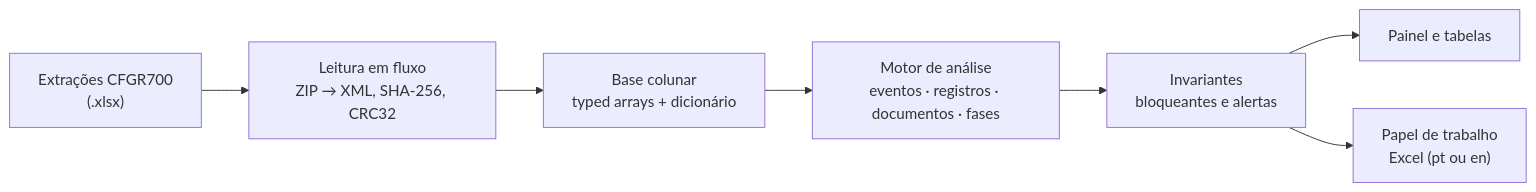
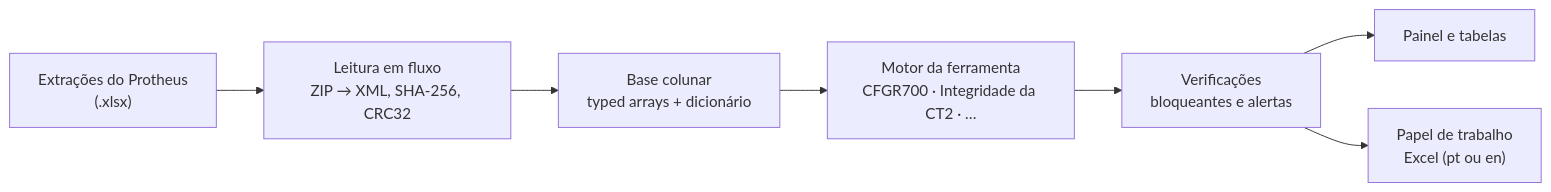
Before and after one commit to Carlosdanyell/AuditAnalyzer: the diagram in README.md, drawn with Mermaid. The commit also changed other lines of this file and 6 other files, not shown here.

First line of the commit message:
Release 2.0.0: README for the platform, help and roadmap status, changelog

````diff
--- a/README.md
+++ b/README.md
@@ -47,9 +69,9 @@
 ```mermaid
 flowchart LR
-    A["Extrações CFGR700<br/>(.xlsx)"] --> B["Leitura em fluxo<br/>ZIP → XML, SHA-256, CRC32"]
+    A["Extrações do Protheus<br/>(.xlsx)"] --> B["Leitura em fluxo<br/>ZIP → XML, SHA-256, CRC32"]
     B --> C["Base colunar<br/>typed arrays + dicionário"]
-    C --> D["Motor de análise<br/>eventos · registros · documentos · fases"]
-    D --> E["Invariantes<br/>bloqueantes e alertas"]
+    C --> D["Motor da ferramenta<br/>CFGR700 · Integridade da CT2 · …"]
+    D --> E["Verificações<br/>bloqueantes e alertas"]
     E --> F["Painel e tabelas"]
     E --> G["Papel de trabalho<br/>Excel (pt ou en)"]
 ```
````
